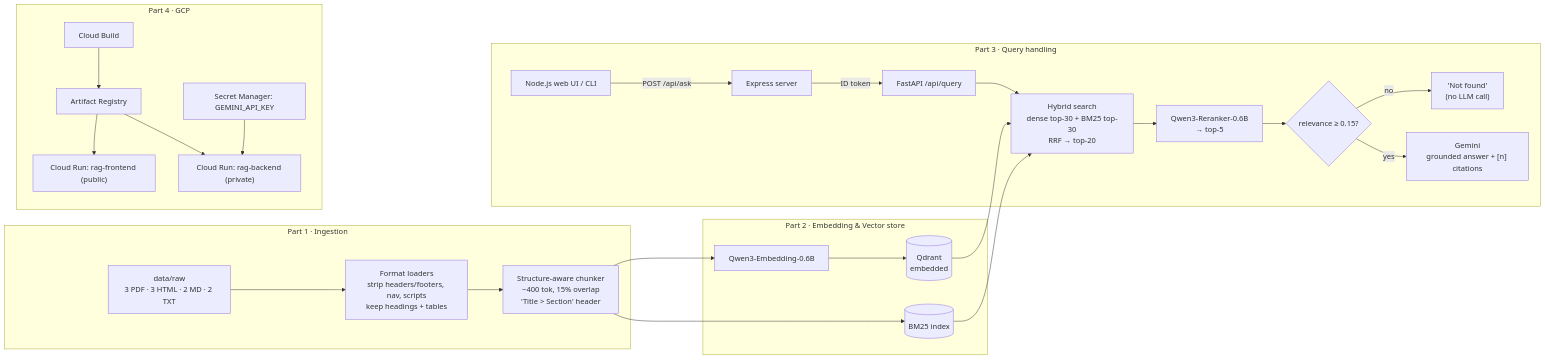
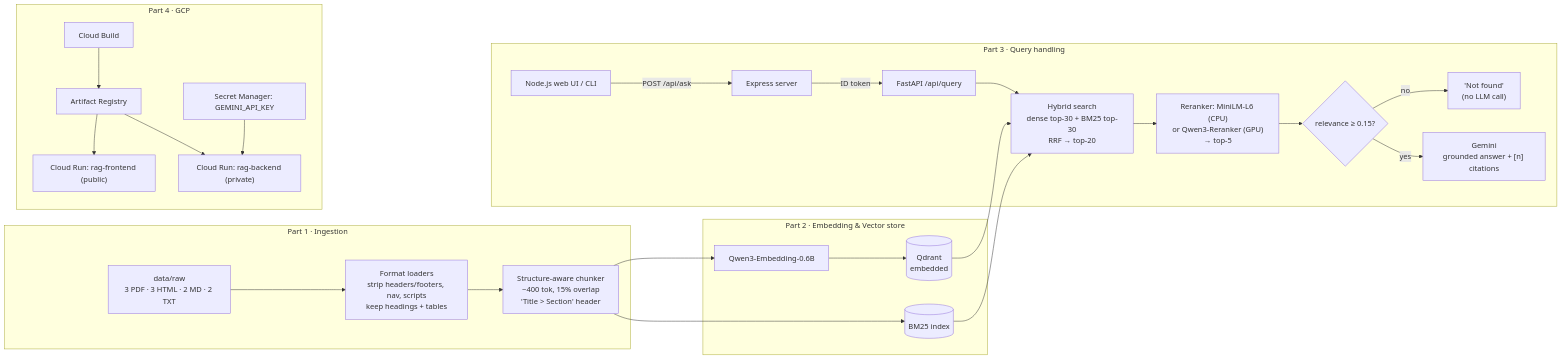
One commit to Prani16/police-complaints-rag changed the diagram in README.md. Above: the diagram before and after it, drawn with Mermaid. The commit also changed other lines of this file and 6 other files, not shown here.

First line of the commit message:
Add fast MiniLM cross-encoder reranker as the CPU default

````diff
--- a/README.md
+++ b/README.md
@@ -22,25 +22,25 @@
 ```mermaid
 flowchart LR
   subgraph P1["Part 1 · Ingestion"]
     R["data/raw<br/>3 PDF · 3 HTML · 2 MD · 2 TXT"] --> L["Format loaders<br/>strip headers/footers, nav, scripts<br/>keep headings + tables"]
     L --> C["Structure-aware chunker<br/>~400 tok, 15% overlap<br/>'Title > Section' header"]
   end
   subgraph P2["Part 2 · Embedding & Vector store"]
     C --> E["Qwen3-Embedding-0.6B"] --> Q[("Qdrant<br/>embedded")]
     C --> B[("BM25 index")]
   end
   subgraph P3["Part 3 · Query handling"]
     U["Node.js web UI / CLI"] -->|"POST /api/ask"| N["Express server"] -->|"ID token"| A["FastAPI /api/query"]
     A --> H["Hybrid search<br/>dense top-30 + BM25 top-30<br/>RRF → top-20"]
     Q --> H
     B --> H
-    H --> RR["Qwen3-Reranker-0.6B<br/>→ top-5"] --> G{"relevance ≥ 0.15?"}
+    H --> RR["Reranker: MiniLM-L6 (CPU)<br/>or Qwen3-Reranker (GPU)<br/>→ top-5"] --> G{"relevance ≥ 0.15?"}
     G -- no --> NF["'Not found'<br/>(no LLM call)"]
     G -- yes --> GM["Gemini<br/>grounded answer + [n] citations"]
   end
   subgraph P4["Part 4 · GCP"]
     CB["Cloud Build"] --> AR["Artifact Registry"] --> CR1["Cloud Run: rag-frontend (public)"]
     AR --> CR2["Cloud Run: rag-backend (private)"]
     SM["Secret Manager: GEMINI_API_KEY"] --> CR2
   end
 ```
````
